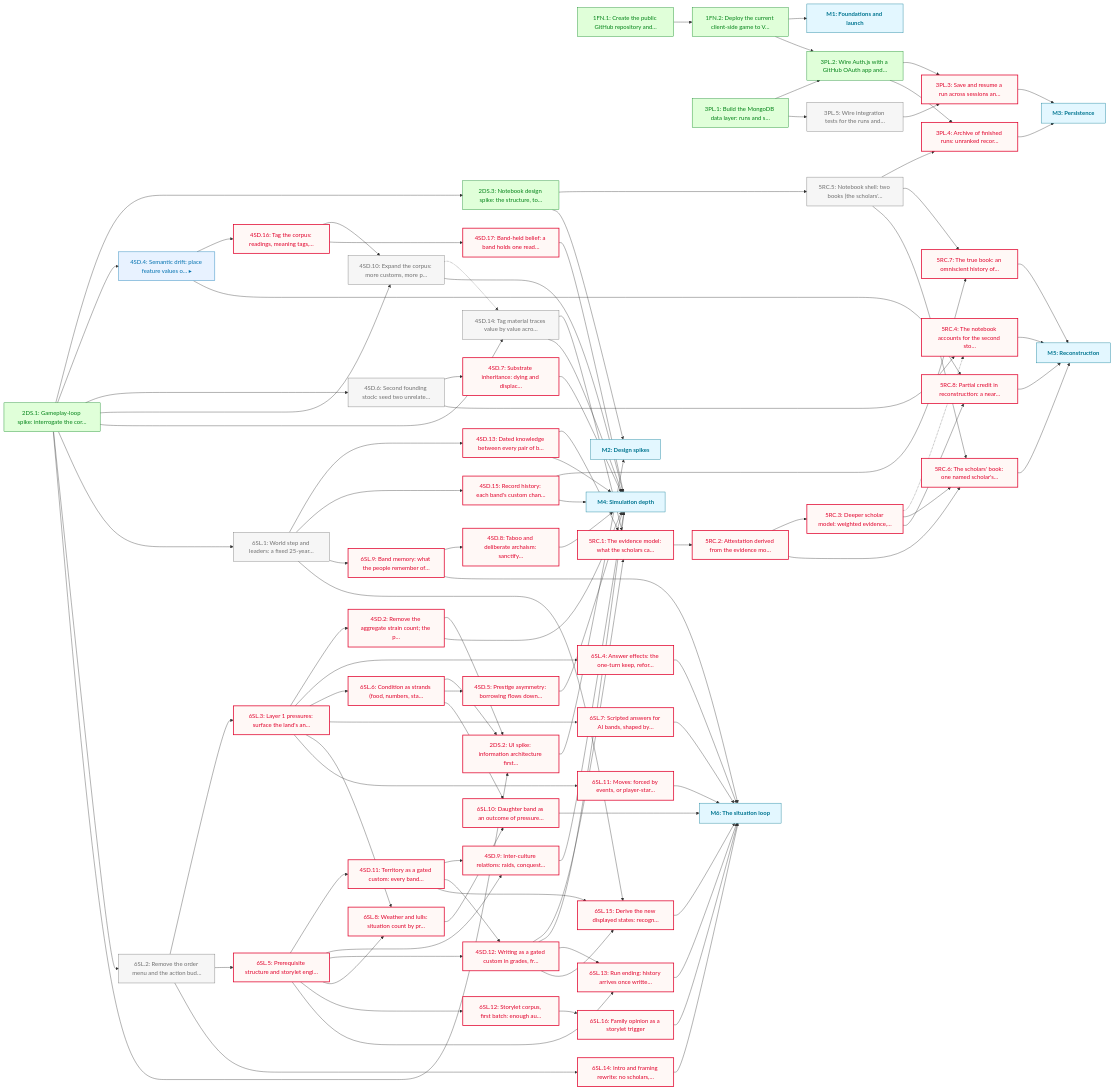
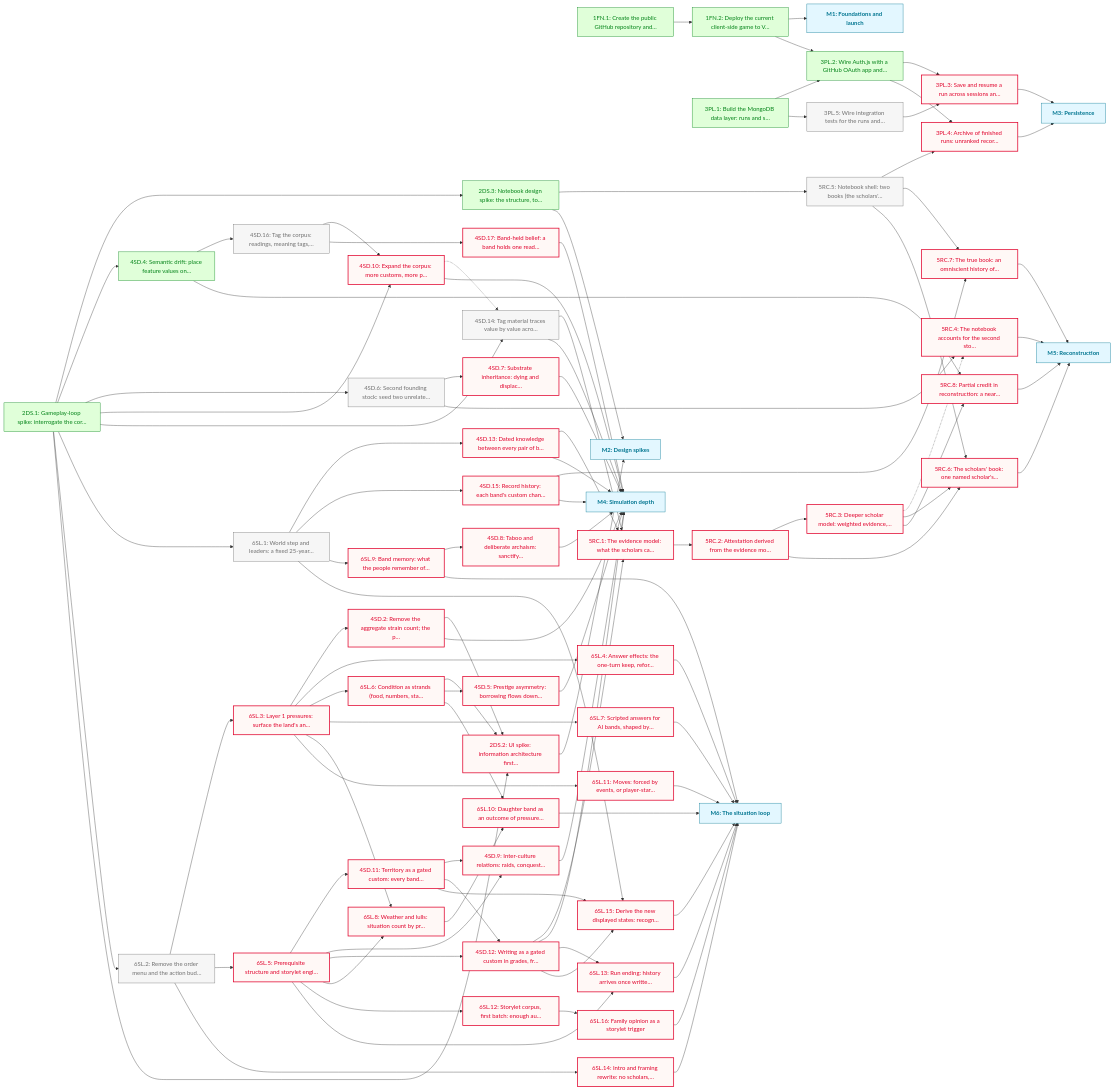
One commit to JasonWarrenUK/urheimat changed the diagram in docs/roadmaps/PHASE_1.md. Above: the diagram before and after it, drawn with Mermaid. The commit also changed other lines of this file and 2 other files, not shown here.

Commit message:
chore(roadmap): mark 4SD.4 done
Landed in PR #5 (v0.3.0). 4SD.16 becomes ready.

````diff
--- a/docs/roadmaps/PHASE_1.md
+++ b/docs/roadmaps/PHASE_1.md
@@ -164,7 +164,7 @@
 	3PL.2["3PL.2: Wire Auth.js with a GitHub OAuth app and…"]
 	3PL.5["3PL.5: Wire integration tests for the runs and…"]
 	3PL.3["3PL.3: Save and resume a run across sessions an…"]
-	4SD.4["4SD.4: Semantic drift: place feature values o… ▸"]
+	4SD.4["4SD.4: Semantic drift: place feature values on…"]
 	4SD.6["4SD.6: Second founding stock: seed two unrelate…"]
 	4SD.7["4SD.7: Substrate inheritance: dying and displac…"]
 	4SD.16["4SD.16: Tag the corpus: readings, meaning tags,…"]
@@ -306,8 +306,7 @@
 	6SL.14 --> M6
 	6SL.15 --> M6
 	6SL.16 --> M6
-	class 3PL.5,4SD.10,4SD.14,4SD.6,5RC.5,6SL.1,6SL.2 todo
-	class 4SD.4 inProgress
-	class 2DS.2,3PL.3,3PL.4,4SD.11,4SD.12,4SD.13,4SD.15,4SD.16,4SD.17,4SD.2,4SD.5,4SD.7,4SD.8,4SD.9,5RC.1,5RC.2,5RC.3,5RC.4,5RC.6,5RC.7,5RC.8,6SL.10,6SL.11,6SL.12,6SL.13,6SL.14,6SL.15,6SL.16,6SL.3,6SL.4,6SL.5,6SL.6,6SL.7,6SL.8,6SL.9 blocked
-	class 1FN.1,1FN.2,2DS.1,2DS.3,3PL.1,3PL.2 done
+	class 3PL.5,4SD.14,4SD.16,4SD.6,5RC.5,6SL.1,6SL.2 todo
+	class 2DS.2,3PL.3,3PL.4,4SD.10,4SD.11,4SD.12,4SD.13,4SD.15,4SD.17,4SD.2,4SD.5,4SD.7,4SD.8,4SD.9,5RC.1,5RC.2,5RC.3,5RC.4,5RC.6,5RC.7,5RC.8,6SL.10,6SL.11,6SL.12,6SL.13,6SL.14,6SL.15,6SL.16,6SL.3,6SL.4,6SL.5,6SL.6,6SL.7,6SL.8,6SL.9 blocked
+	class 1FN.1,1FN.2,2DS.1,2DS.3,3PL.1,3PL.2,4SD.4 done
 ```
````
